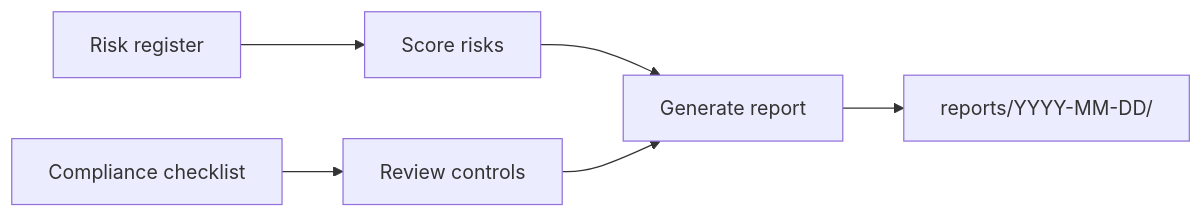
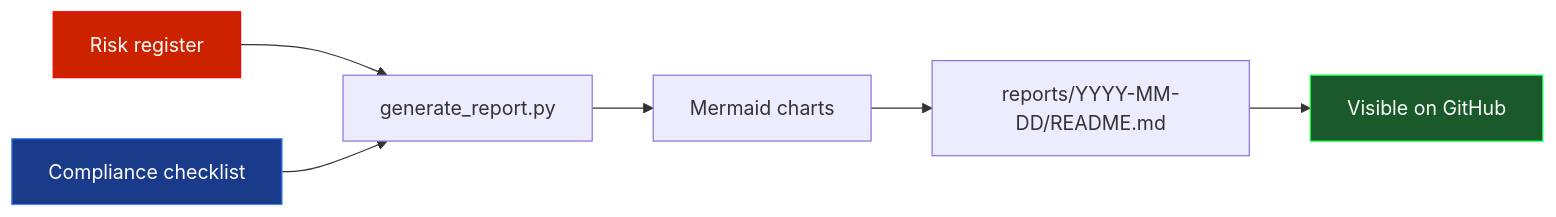
One commit to Speed-boo3/grc-project changed the seventh of 7 diagrams in README.md. Above: the diagram before and after it, drawn with Mermaid. The commit also changed other lines of this file, not shown here.

Commit message:
Major README update: educational GRC guide with animations and diagrams

````diff
--- a/README.md
+++ b/README.md
@@ -188,7 +296,12 @@
 ```mermaid
 flowchart LR
-    A[Risk register] --> B[Score risks]
-    C[Compliance checklist] --> D[Review controls]
-    B & D --> E[Generate report]
-    E --> F[reports/YYYY-MM-DD/]
+    A[Risk register] --> C[generate_report.py]
+    B[Compliance checklist] --> C
+    C --> D[Mermaid charts]
+    D --> E[reports/YYYY-MM-DD/README.md]
+    E --> F[Visible on GitHub]
+
+    style A fill:#cc2200,stroke:#ff0000,color:#ffffff
+    style B fill:#1a3a8a,stroke:#4488ff,color:#ffffff
+    style F fill:#1a5a2a,stroke:#00ff41,color:#ffffff
 ```
````
